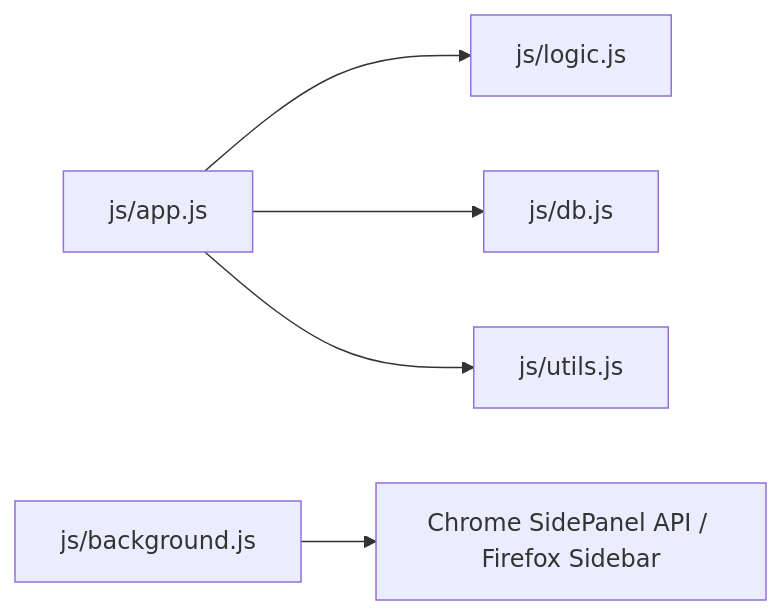
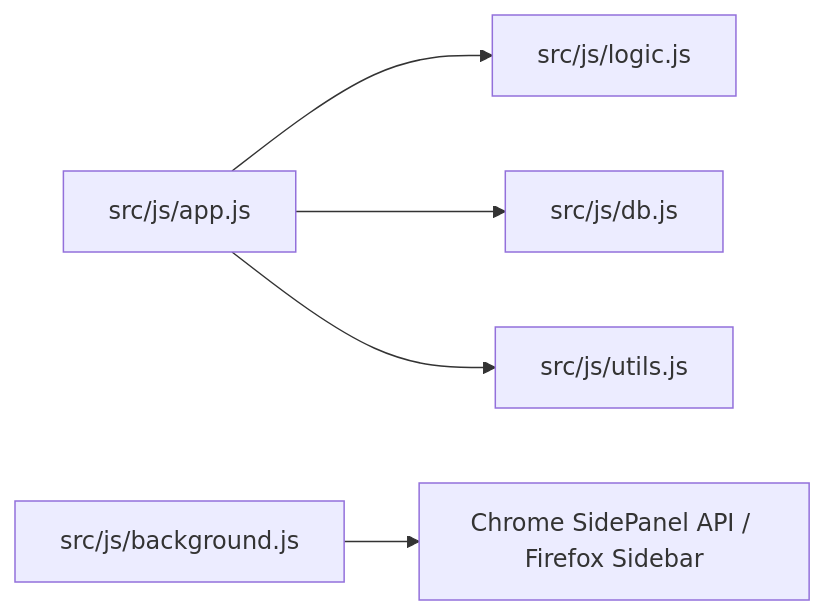
One commit to masanori-satake/QuickLog-Solo changed the diagram in docs/spec.md. Above: the diagram before and after it, drawn with Mermaid. The commit also changed 32 other files, not shown here.

````diff
--- a/docs/spec.md
+++ b/docs/spec.md
@@ -93,7 +93,7 @@
 ```mermaid
 graph LR
-    A[js/app.js] --> B[js/logic.js]
-    A --> C[js/db.js]
-    A --> D[js/utils.js]
-    E[js/background.js] --> SidePanel[Chrome SidePanel API / Firefox Sidebar]
+    A[src/js/app.js] --> B[src/js/logic.js]
+    A --> C[src/js/db.js]
+    A --> D[src/js/utils.js]
+    E[src/js/background.js] --> SidePanel[Chrome SidePanel API / Firefox Sidebar]
 ```
````
